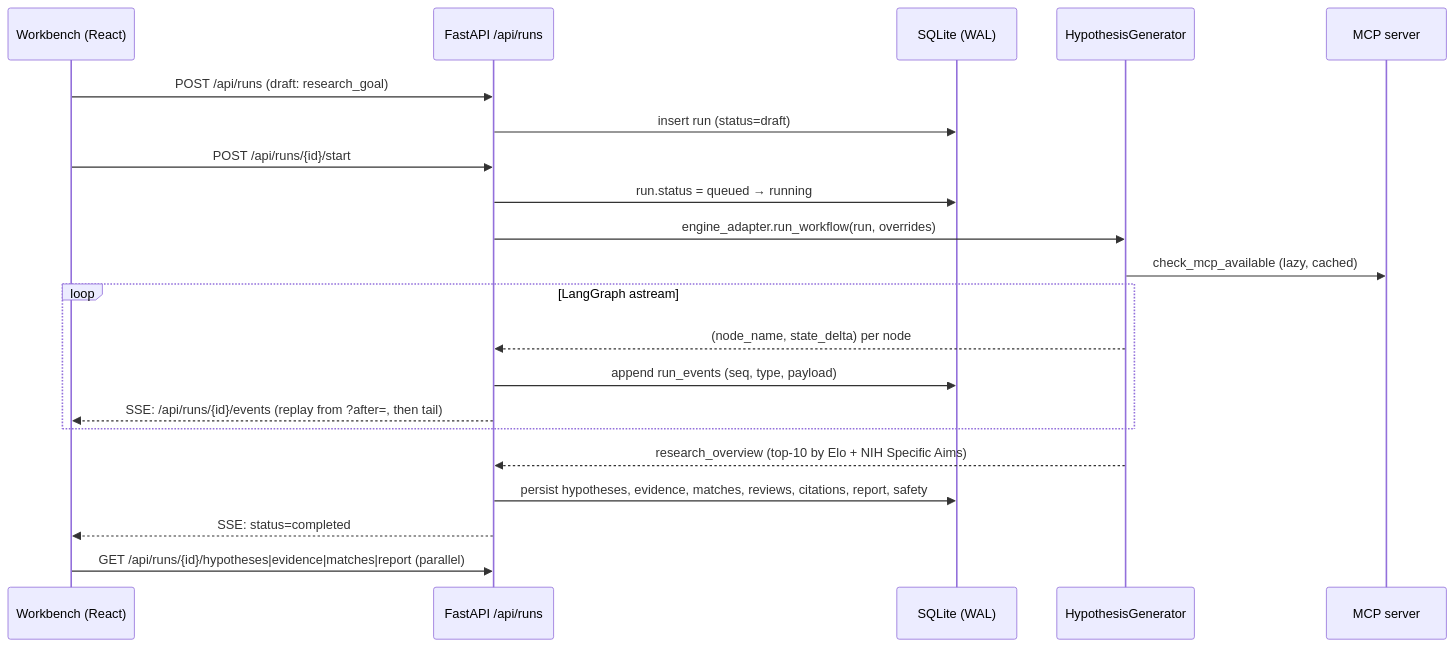
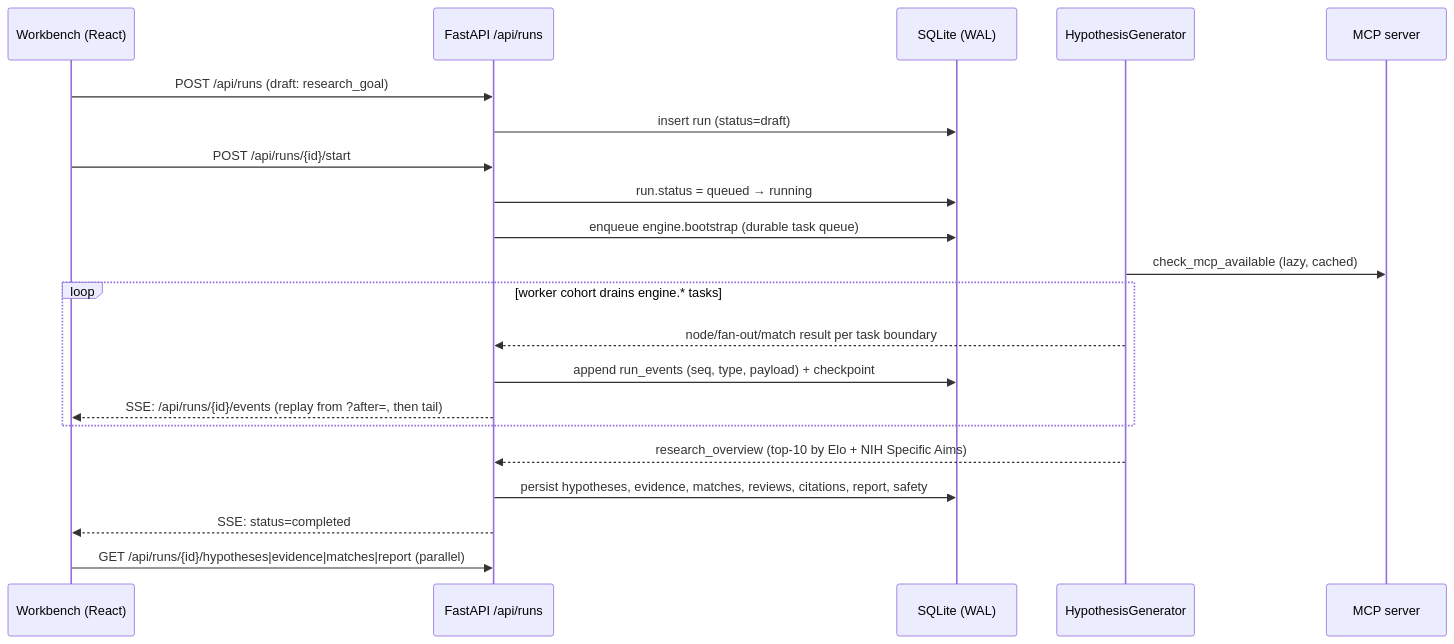
One commit to guy915/Co-Scientist changed the fourth of 4 diagrams in docs/EXPLAINER.md. Above: the diagram before and after it, drawn with Mermaid. The commit also changed 7 other files, not shown here.

````diff
--- a/docs/EXPLAINER.md
+++ b/docs/EXPLAINER.md
@@ -232,24 +232,24 @@
 ```mermaid
 sequenceDiagram
   participant U as Workbench (React)
   participant A as FastAPI /api/runs
   participant S as SQLite (WAL)
   participant E as HypothesisGenerator
   participant M as MCP server
 
   U->>A: POST /api/runs  (draft: research_goal)
   A->>S: insert run (status=draft)
   U->>A: POST /api/runs/{id}/start
   A->>S: run.status = queued → running
-  A->>E: engine_adapter.run_workflow(run, overrides)
+  A->>S: enqueue engine.bootstrap (durable task queue)
   E->>M: check_mcp_available (lazy, cached)
-  loop LangGraph astream
-    E-->>A: (node_name, state_delta) per node
-    A->>S: append run_events (seq, type, payload)
+  loop worker cohort drains engine.* tasks
+    E-->>A: node/fan-out/match result per task boundary
+    A->>S: append run_events (seq, type, payload) + checkpoint
     A-->>U: SSE: /api/runs/{id}/events (replay from ?after=, then tail)
   end
   E-->>A: research_overview (top-10 by Elo + NIH Specific Aims)
   A->>S: persist hypotheses, evidence, matches, reviews, citations, report, safety
   A-->>U: SSE: status=completed
   U->>A: GET /api/runs/{id}/hypotheses|evidence|matches|report (parallel)
 ```
````
